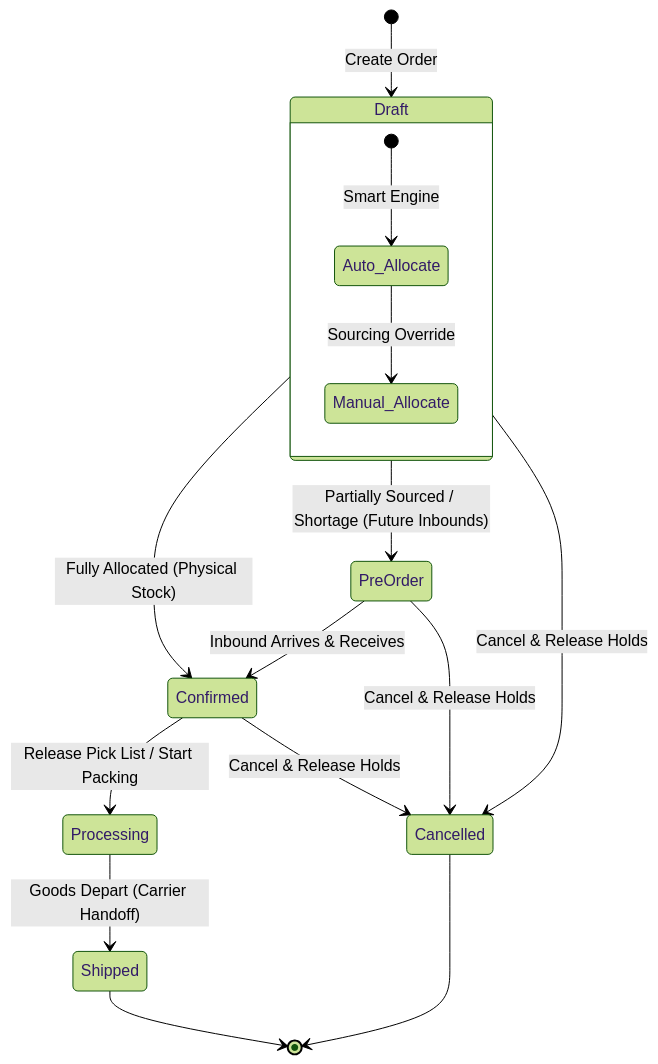
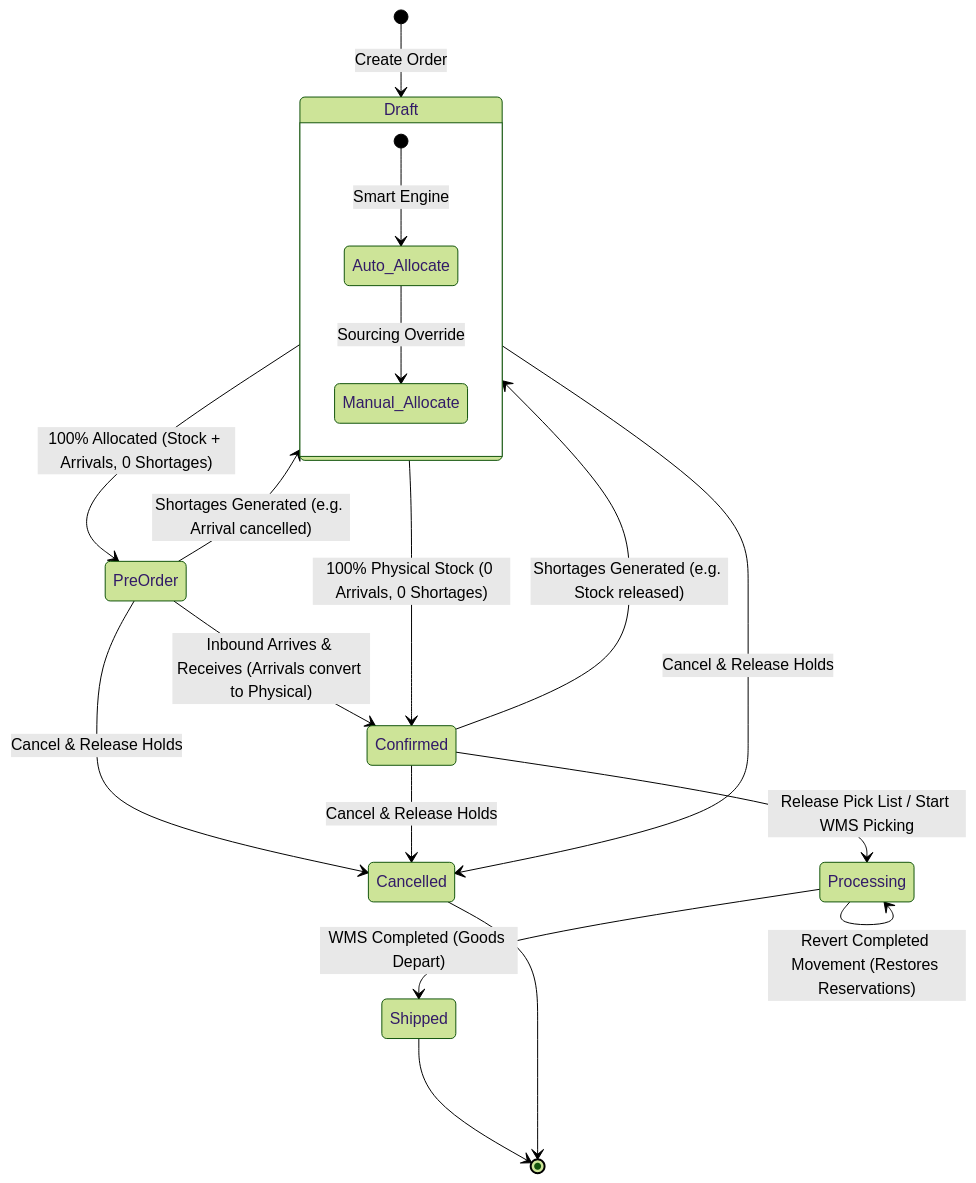
One commit to lockdoor/tj_inventory changed the first of 2 diagrams in django/srcs/sales/docs/sell_order_status.md. Above: the diagram before and after it, drawn with Mermaid (forest theme). The commit also changed other lines of this file and 6 other files, not shown here.

Commit message:
feat: sales order item shortage is not fullfillment

````diff
--- a/django/srcs/sales/docs/sell_order_status.md
+++ b/django/srcs/sales/docs/sell_order_status.md
@@ -9,25 +9,28 @@
 ```mermaid
 stateDiagram-v2
     [*] --> Draft : Create Order
     
     state Draft {
         [*] --> Auto_Allocate : Smart Engine
         Auto_Allocate --> Manual_Allocate : Sourcing Override
     }
     
-    Draft --> Confirmed : Fully Allocated (Physical Stock)
-    Draft --> PreOrder : Partially Sourced / Shortage (Future Inbounds)
+    Draft --> Confirmed : 100% Physical Stock (0 Arrivals, 0 Shortages)
+    Draft --> PreOrder : 100% Allocated (Stock + Arrivals, 0 Shortages)
     
-    PreOrder --> Confirmed : Inbound Arrives & Receives
+    PreOrder --> Confirmed : Inbound Arrives & Receives (Arrivals convert to Physical)
+    Confirmed --> Draft : Shortages Generated (e.g. Stock released)
+    PreOrder --> Draft : Shortages Generated (e.g. Arrival cancelled)
     
-    Confirmed --> Processing : Release Pick List / Start Packing
+    Confirmed --> Processing : Release Pick List / Start WMS Picking
     
-    Processing --> Shipped : Goods Depart (Carrier Handoff)
+    Processing --> Shipped : WMS Completed (Goods Depart)
+    Processing --> Processing : Revert Completed Movement (Restores Reservations)
     
     Draft --> Cancelled : Cancel & Release Holds
     PreOrder --> Cancelled : Cancel & Release Holds
     Confirmed --> Cancelled : Cancel & Release Holds
     
     Shipped --> [*]
     Cancelled --> [*]
 ```
````
